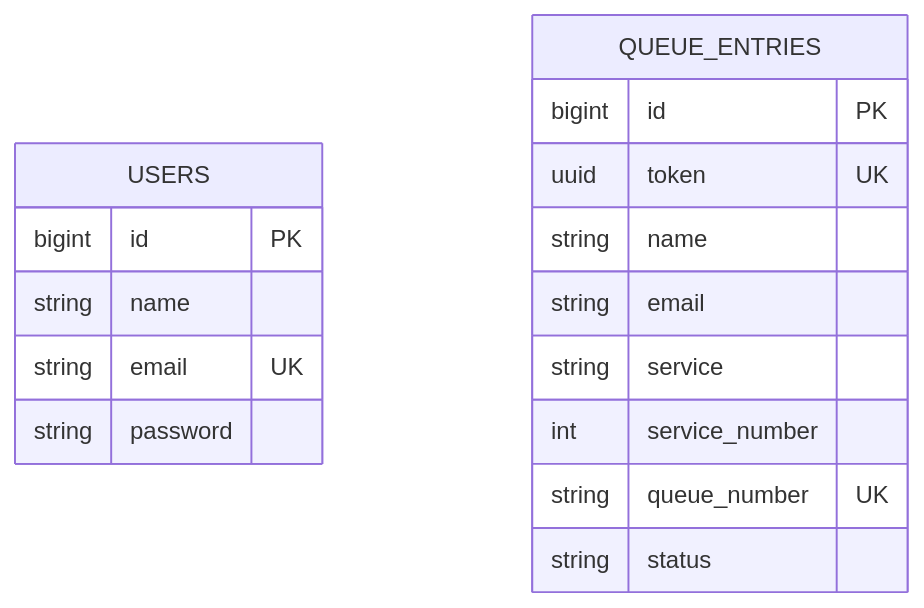
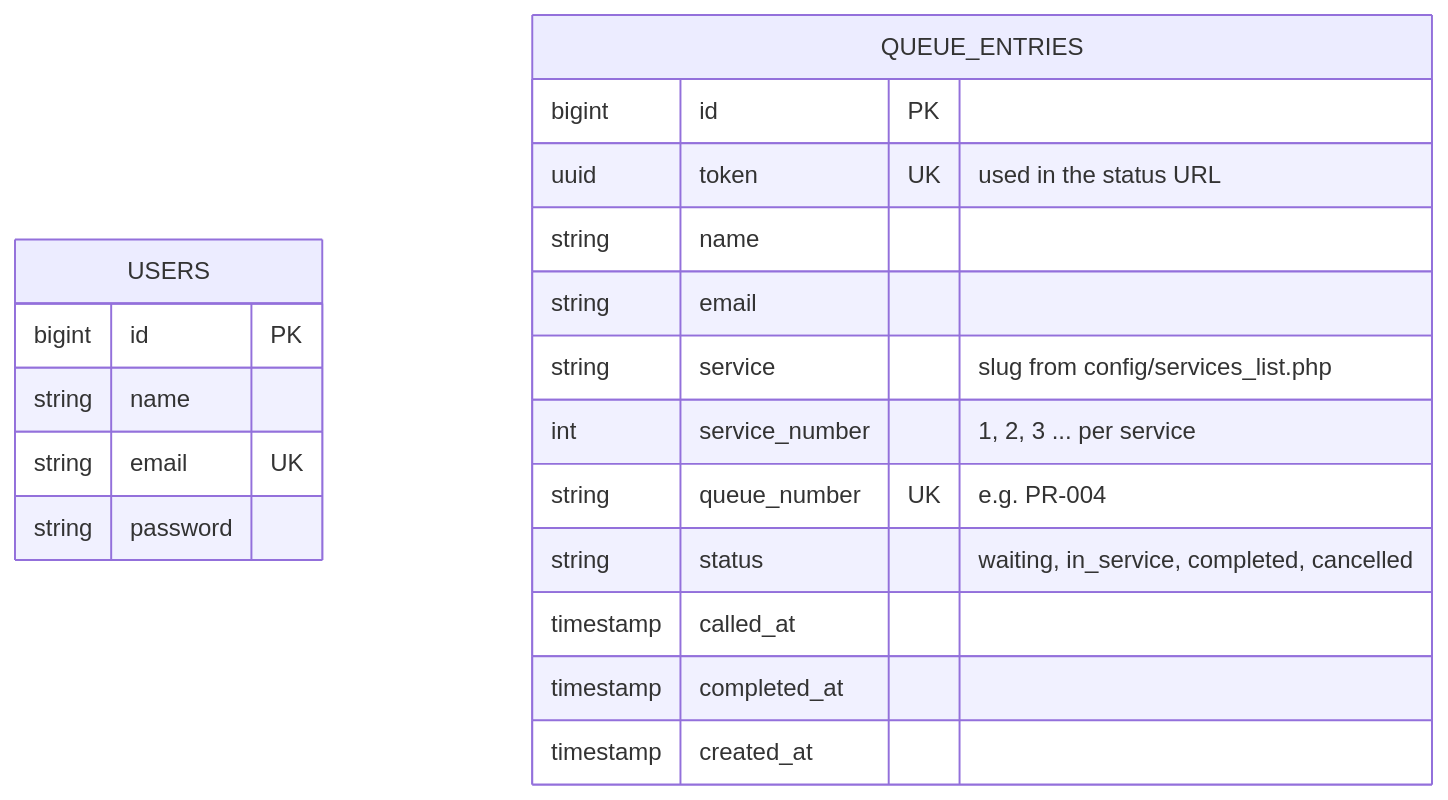
One commit to kinuthia-mark/Equeue-project changed the fourth of 5 diagrams in README.md. Above: the diagram before and after it, drawn with Mermaid. The commit also changed other lines of this file and 31 other files, not shown here.

````diff
--- a/README.md
+++ b/README.md
@@ -73,19 +206,22 @@
 ```mermaid
 erDiagram
     USERS {
         bigint id PK
         string name
         string email UK
         string password
     }
     QUEUE_ENTRIES {
         bigint id PK
-        uuid token UK
+        uuid token UK "used in the status URL"
         string name
         string email
-        string service
-        int service_number
-        string queue_number UK
-        string status
+        string service "slug from config/services_list.php"
+        int service_number "1, 2, 3 ... per service"
+        string queue_number UK "e.g. PR-004"
+        string status "waiting, in_service, completed, cancelled"
+        timestamp called_at
+        timestamp completed_at
+        timestamp created_at
     }
 ```
````
